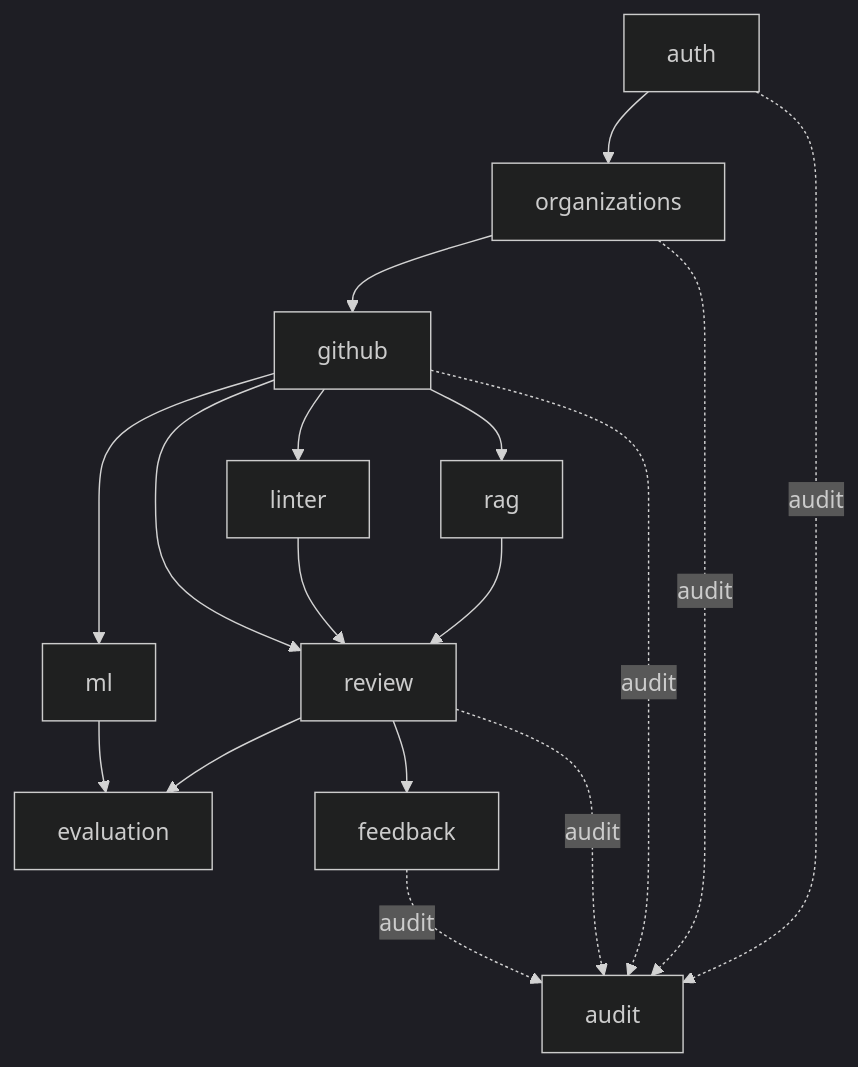
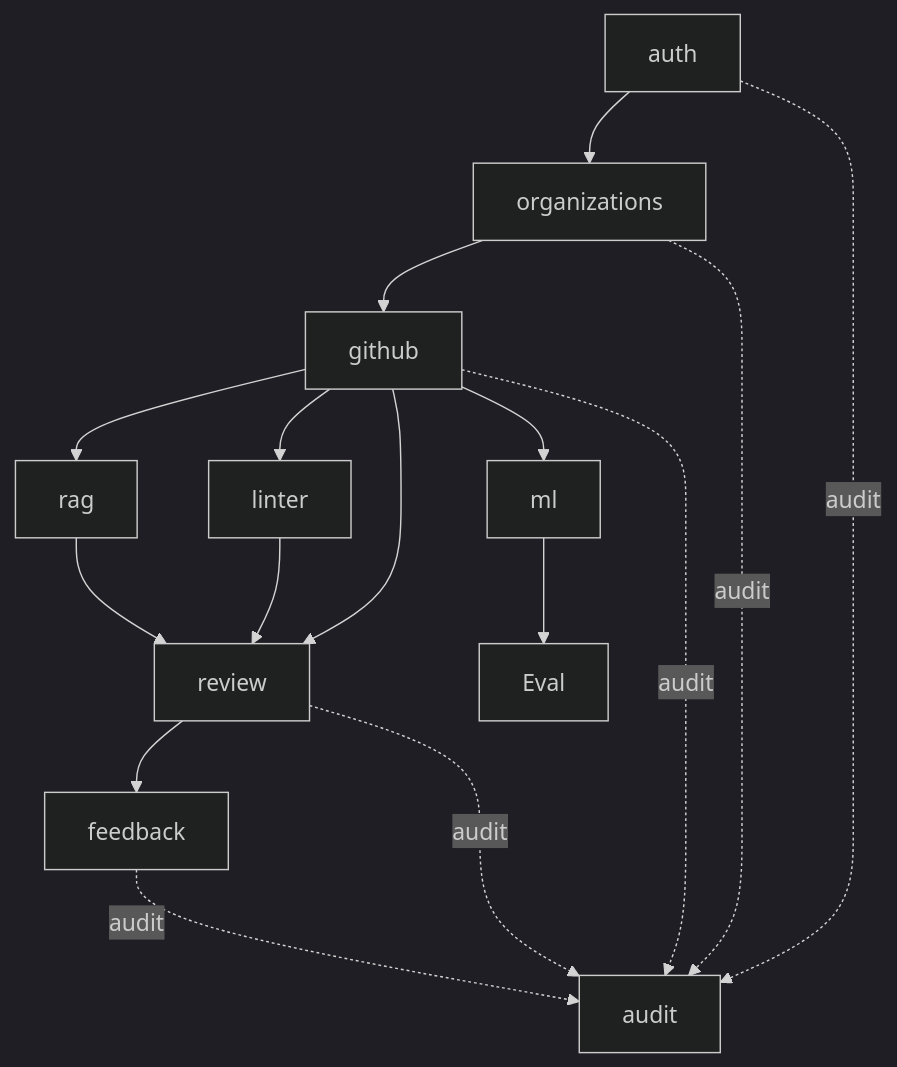
One commit to harshita20045/Repo-Mind- changed the diagram in Docs/02-architecture/diagrams/component-architecture.md. Above: the diagram before and after it, drawn with Mermaid (dark theme). The commit also changed other lines of this file and 46 other files, not shown here.

````diff
--- a/Docs/02-architecture/diagrams/component-architecture.md
+++ b/Docs/02-architecture/diagrams/component-architecture.md
@@ -5,19 +5,18 @@
 ```mermaid
 flowchart TB
     Auth[auth] --> Org[organizations]
     Org --> GH[github]
     GH --> RAG[rag]
     GH --> Linter[linter]
     RAG --> Review[review]
     Linter --> Review
     GH --> Review
-    Review --> Eval[evaluation]
     GH --> ML[ml]
     ML --> Eval
     Review --> Feedback[feedback]
     Auth -.audit.-> Audit[audit]
     Org -.audit.-> Audit
     GH -.audit.-> Audit
     Review -.audit.-> Audit
     Feedback -.audit.-> Audit
 ```
````
